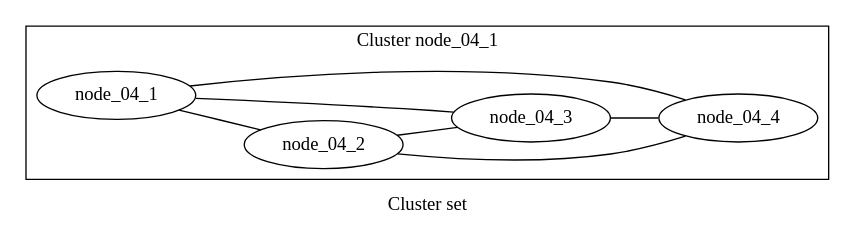
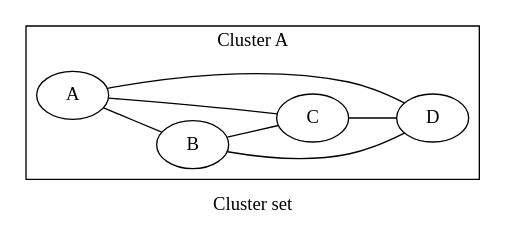
The diagram in data/04.clusters.out.gv (graphviz-perl/GraphViz2-Marpa-PathUtils), drawn with Graphviz before and after one commit. The commit also changed 36 other files, not shown here.

```diff
--- a/data/04.clusters.out.gv
+++ b/data/04.clusters.out.gv
@@ -1,28 +1,28 @@
 graph Perl
 {
 graph [ label="Cluster set" rankdir="LR" ]
 
-subgraph "cluster node_04_1"
+subgraph "cluster A"
 {
-graph [ label="Cluster node_04_1" rankdir="LR" ]
+graph [ label="Cluster A" rankdir="LR" ]
 
-"node_04_1"
-"node_04_2"
-"node_04_1" -- "node_04_2" [ label="" ]
-"node_04_1"
-"node_04_3"
-"node_04_1" -- "node_04_3" [ label="" ]
-"node_04_2"
-"node_04_3"
-"node_04_2" -- "node_04_3" [ label="" ]
-"node_04_2"
-"node_04_4"
-"node_04_2" -- "node_04_4" [ label="" ]
-"node_04_3"
-"node_04_4"
-"node_04_3" -- "node_04_4" [ label="" ]
-"node_04_4"
-"node_04_1"
-"node_04_4" -- "node_04_1" [ label="" ]
+"A"
+"B"
+"A" -- "B" [ label="" ]
+"A"
+"C"
+"A" -- "C" [ label="" ]
+"B"
+"C"
+"B" -- "C" [ label="" ]
+"B"
+"D"
+"B" -- "D" [ label="" ]
+"C"
+"D"
+"C" -- "D" [ label="" ]
+"D"
+"A"
+"D" -- "A" [ label="" ]
 }
 }
```
